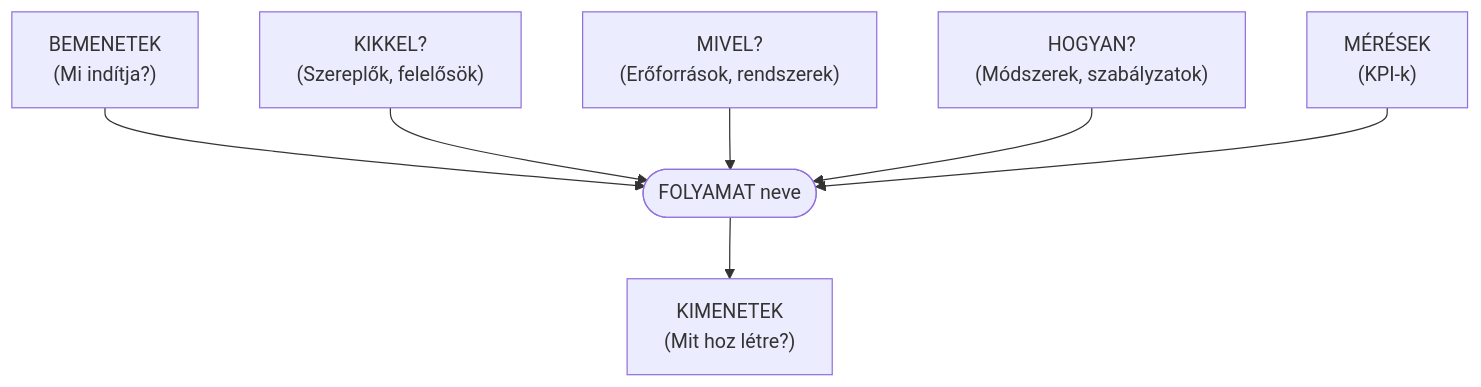
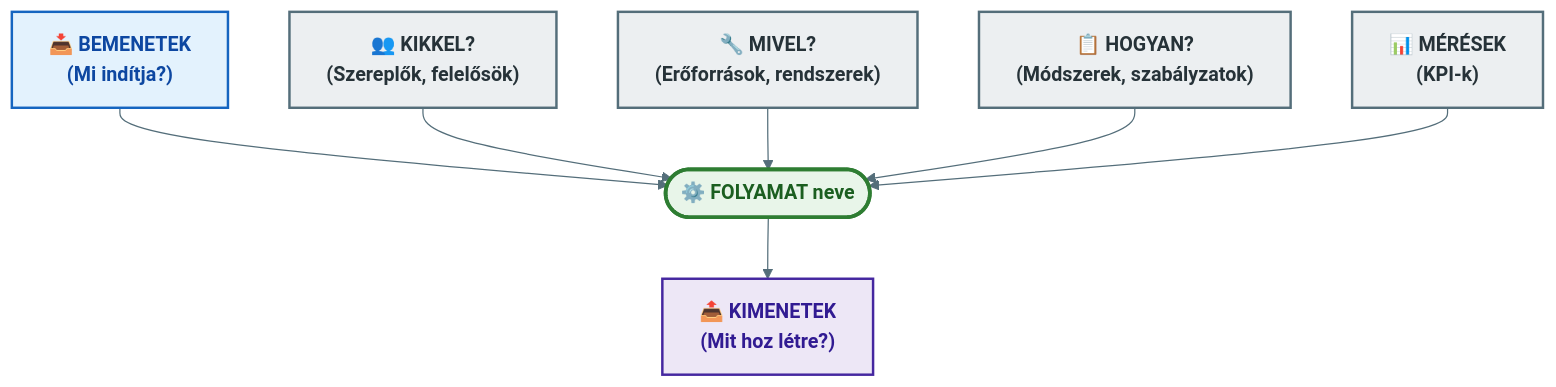
The first of 2 diagrams in Tételek/V05-GMXSF2MBLF-Folyamatszemléletű irányítási rendszerek.tétel.md (denespocsik/MM_BSC_Zarovizsga), drawn with Mermaid before and after one commit. The commit also changed other lines of this file and 7 other files, not shown here.

First line of the commit message:
style(V01-V05): Mermaid diagram stílus egységesítése a V11-V12 mintájára

````diff
--- a/Tételek/V05-GMXSF2MBLF-Folyamatszemléletű irányítási rendszerek.tétel.md
+++ b/Tételek/V05-GMXSF2MBLF-Folyamatszemléletű irányítási rendszerek.tétel.md
@@ -37,10 +37,16 @@
 ```mermaid
+%%{init: {'theme': 'base', 'themeVariables': {'primaryColor': '#E3F2FD', 'primaryBorderColor': '#1565C0', 'lineColor': '#546E7A', 'edgeLabelBackground': '#F5F5F5'}}}%%
 flowchart TB
-    BE["BEMENETEK<br/>(Mi indítja?)"] --> FO
-    KI["KIKKEL?<br/>(Szereplők, felelősök)"] --> FO
-    MI["MIVEL?<br/>(Erőforrások, rendszerek)"] --> FO
-    HO["HOGYAN?<br/>(Módszerek, szabályzatok)"] --> FO
-    ME["MÉRÉSEK<br/>(KPI-k)"] --> FO
-    FO(["FOLYAMAT neve"])
-    FO --> KIM["KIMENETEK<br/>(Mit hoz létre?)"]
+    classDef input   fill:#E3F2FD,stroke:#1565C0,stroke-width:2px,color:#0D47A1,font-weight:bold
+    classDef support fill:#ECEFF1,stroke:#546E7A,stroke-width:2px,color:#263238,font-weight:bold
+    classDef process fill:#E8F5E9,stroke:#2E7D32,stroke-width:3px,color:#1B5E20,font-weight:bold
+    classDef output  fill:#EDE7F6,stroke:#4527A0,stroke-width:2px,color:#311B92,font-weight:bold
+
+    BE["📥 BEMENETEK<br/>(Mi indítja?)"]:::input --> FO
+    KI["👥 KIKKEL?<br/>(Szereplők, felelősök)"]:::support --> FO
+    MI["🔧 MIVEL?<br/>(Erőforrások, rendszerek)"]:::support --> FO
+    HO["📋 HOGYAN?<br/>(Módszerek, szabályzatok)"]:::support --> FO
+    ME["📊 MÉRÉSEK<br/>(KPI-k)"]:::support --> FO
+    FO(["⚙️ FOLYAMAT neve"]):::process
+    FO --> KIM["📤 KIMENETEK<br/>(Mit hoz létre?)"]:::output
 ```
````
